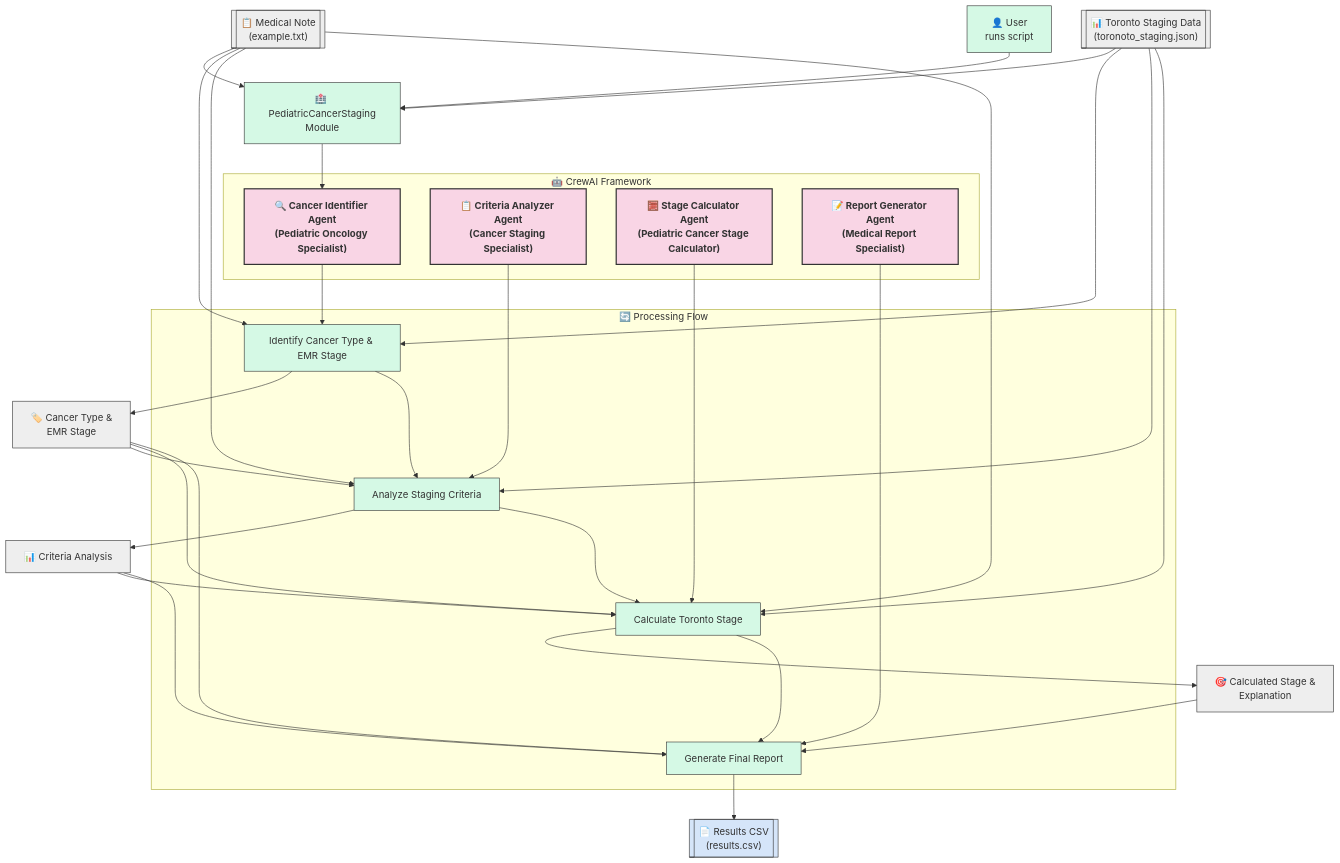
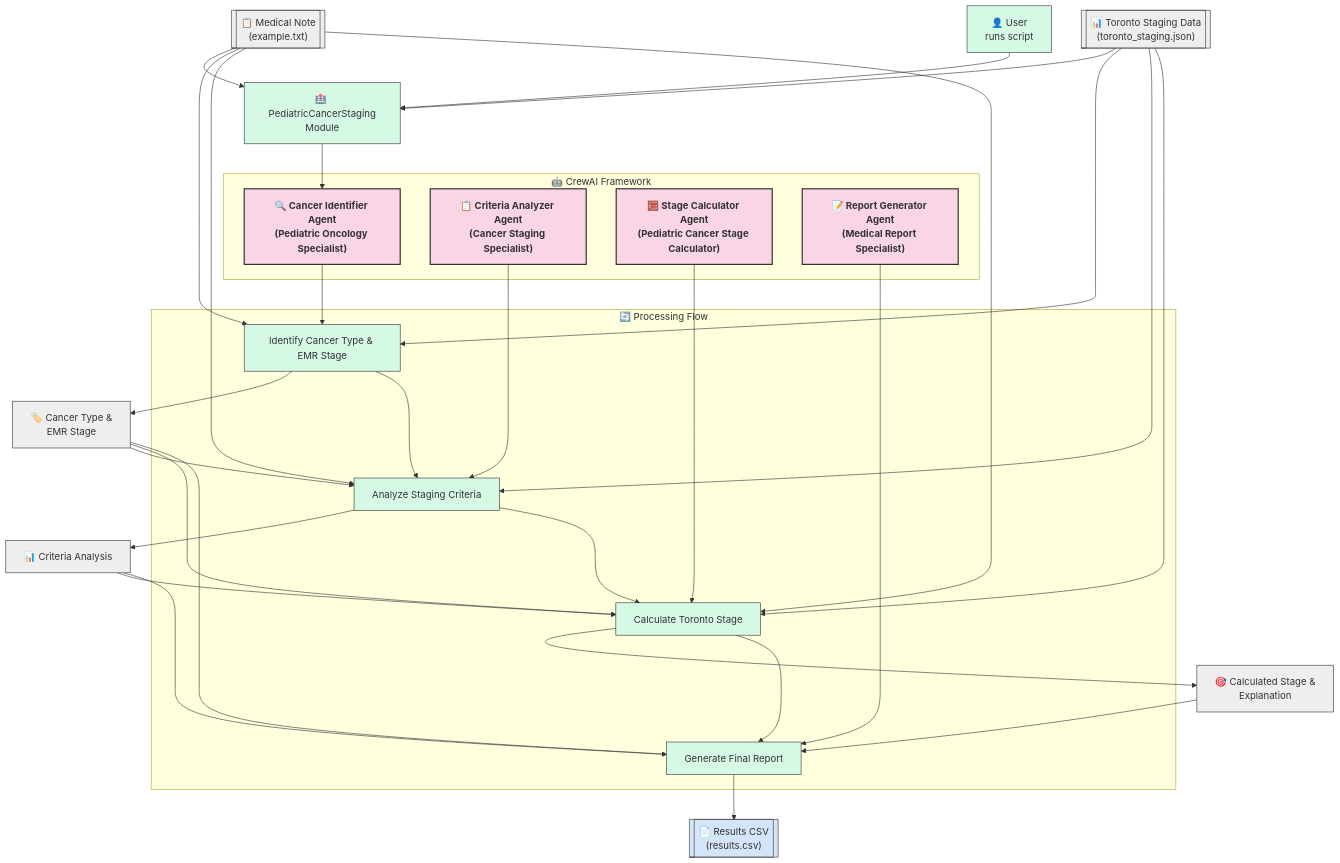
One commit to IyadSultan/childhood_cancer_staging changed the diagram in methodology.md. Above: the diagram before and after it, drawn with Mermaid. The commit also changed other lines of this file and 19 other files, not shown here.

````diff
--- a/methodology.md
+++ b/methodology.md
@@ -135,80 +135,80 @@
 ```mermaid
 flowchart TB
     classDef agentNode fill:#f9d5e5,stroke:#333,stroke-width:2px,color:#333,font-weight:bold
     classDef dataNode fill:#eeeeee,stroke:#333,stroke-width:1px,color:#333
     classDef processNode fill:#d5f9e5,stroke:#333,stroke-width:1px,color:#333
     classDef outputNode fill:#d5e5f9,stroke:#333,stroke-width:1px,color:#333
 
     %% Input Data
     InputMedicalNote[["📋 Medical Note\n(example.txt)"]]:::dataNode
-    StagingData[["📊 Toronto Staging Data\n(toronoto_staging.json)"]]:::dataNode
+    StagingData[["📊 Toronto Staging Data\n(toronto_staging.json)"]]:::dataNode
     
     %% User Initiating Process
     User["👤 User\nruns script"]:::processNode
     
     %% Main Module
     PediatricCancerStaging["🏥 PediatricCancerStaging\nModule"]:::processNode
     
     %% The Agents
     AgentIdentifier["🔍 Cancer Identifier Agent\n(Pediatric Oncology Specialist)"]:::agentNode
     AgentCriteria["📋 Criteria Analyzer Agent\n(Cancer Staging Specialist)"]:::agentNode
     AgentCalculator["🧮 Stage Calculator Agent\n(Pediatric Cancer Stage Calculator)"]:::agentNode
     AgentReport["📝 Report Generator Agent\n(Medical Report Specialist)"]:::agentNode
     
     %% Process Steps
     ProcessIdentify["Identify Cancer Type & EMR Stage"]:::processNode
     ProcessAnalyze["Analyze Staging Criteria"]:::processNode
     ProcessCalculate["Calculate Toronto Stage"]:::processNode
     ProcessReport["Generate Final Report"]:::processNode
     
     %% Intermediate Data
     DataCancerType["🏷️ Cancer Type &\nEMR Stage"]:::dataNode
     DataCriteriaAnalysis["📊 Criteria Analysis"]:::dataNode
     DataStageCalculation["🎯 Calculated Stage &\nExplanation"]:::dataNode
     
     %% Final Output
     OutputCSV[["📄 Results CSV\n(results.csv)"]]:::outputNode
     
     %% Connections/Flow
     User --> PediatricCancerStaging
     InputMedicalNote --> PediatricCancerStaging
     StagingData --> PediatricCancerStaging
     
     PediatricCancerStaging --> AgentIdentifier
     AgentIdentifier --> ProcessIdentify
     InputMedicalNote --> ProcessIdentify
     StagingData --> ProcessIdentify
     ProcessIdentify --> DataCancerType
     
     DataCancerType --> ProcessAnalyze
     InputMedicalNote --> ProcessAnalyze
     StagingData --> ProcessAnalyze
     AgentCriteria --> ProcessAnalyze
     ProcessAnalyze --> DataCriteriaAnalysis
     
     DataCancerType --> ProcessCalculate
     DataCriteriaAnalysis --> ProcessCalculate
     InputMedicalNote --> ProcessCalculate
     StagingData --> ProcessCalculate
     AgentCalculator --> ProcessCalculate
     ProcessCalculate --> DataStageCalculation
     
     DataCancerType --> ProcessReport
     DataCriteriaAnalysis --> ProcessReport
     DataStageCalculation --> ProcessReport
     AgentReport --> ProcessReport
     ProcessReport --> OutputCSV
     
     %% Subgraph for CrewAI Framework
     subgraph CrewAI ["🤖 CrewAI Framework"]
         AgentIdentifier
         AgentCriteria
         AgentCalculator
         AgentReport
     end
     
     %% Subgraph for Data Flow
     subgraph ProcessFlow ["🔄 Processing Flow"]
         ProcessIdentify --> ProcessAnalyze --> ProcessCalculate --> ProcessReport
     end
 ```
````
